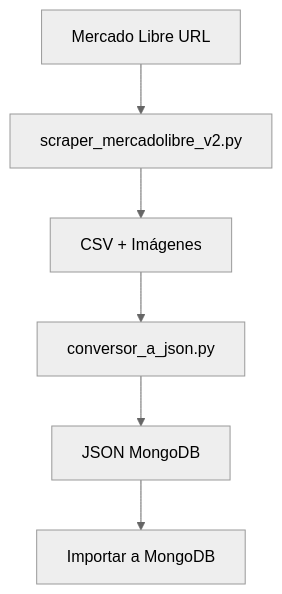
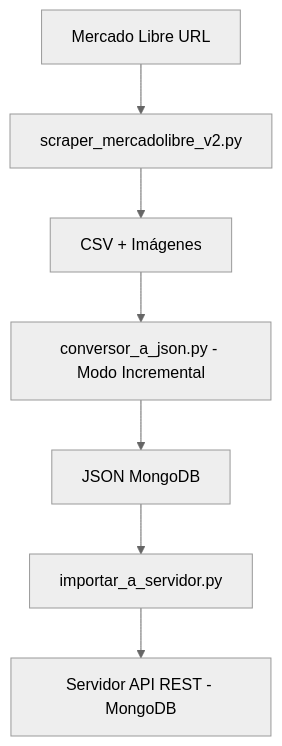
Before and after one commit to clynova/scrapping_web: the diagram in README_PRINCIPAL.md, drawn with Mermaid (neutral theme). The commit also changed other lines of this file and 73 other files, not shown here.

````diff
--- a/README_PRINCIPAL.md
+++ b/README_PRINCIPAL.md
@@ -133,8 +148,9 @@
 ```mermaid
 graph TD
     A[Mercado Libre URL] --> B[scraper_mercadolibre_v2.py]
     B --> C[CSV + Imágenes]
-    C --> D[conversor_a_json.py]
+    C --> D[conversor_a_json.py - Modo Incremental]
     D --> E[JSON MongoDB]
-    E --> F[Importar a MongoDB]
+    E --> F[importar_a_servidor.py]
+    F --> G[Servidor API REST - MongoDB]
 ```
````
